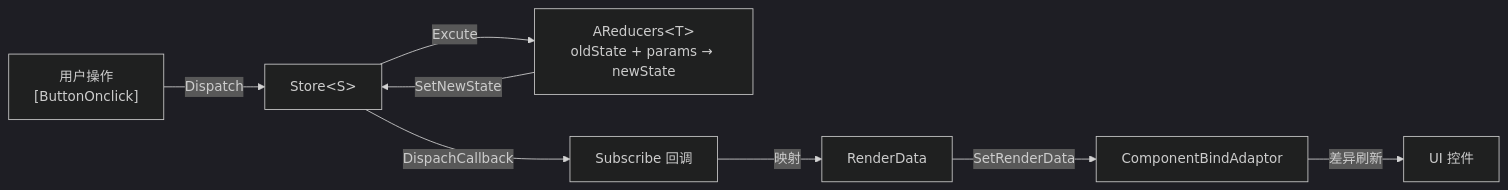
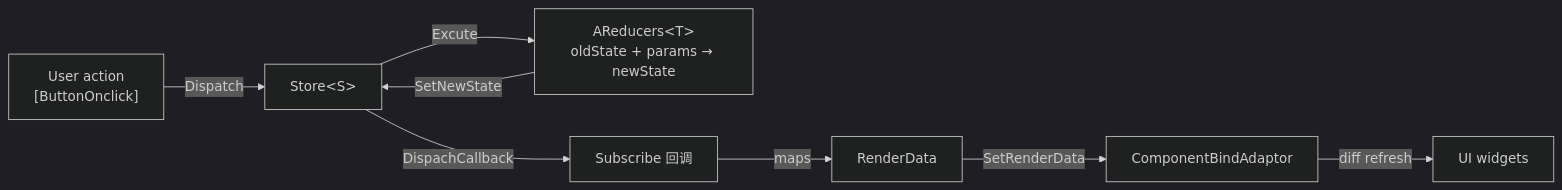
The diagram in docs/en/uflux/uflux-overview.md (yimengfan/BDFramework.Core), drawn with Mermaid (dark theme) before and after one commit. The commit also changed 46 other files, not shown here.

First line of the commit message:
docs(en): 英文站全量翻译 54/54 + Mermaid 标签一致化

````diff
--- a/docs/en/uflux/uflux-overview.md
+++ b/docs/en/uflux/uflux-overview.md
@@ -25,10 +25,10 @@
 ```mermaid
 flowchart LR
-    U["用户操作<br/>[ButtonOnclick]"] -->|Dispatch| ST["Store&lt;S&gt;"]
+    U["User action<br/>[ButtonOnclick]"] -->|Dispatch| ST["Store&lt;S&gt;"]
     ST -->|Excute| R["AReducers&lt;T&gt;<br/>oldState + params → newState"]
     R -->|SetNewState| ST
     ST -->|DispachCallback| SUB["Subscribe 回调"]
-    SUB -->|映射| RD["RenderData"]
+    SUB -->|maps| RD["RenderData"]
     RD -->|SetRenderData| CBA["ComponentBindAdaptor"]
-    CBA -->|差异刷新| UI["UI 控件"]
+    CBA -->|diff refresh| UI["UI widgets"]
 ```
````
